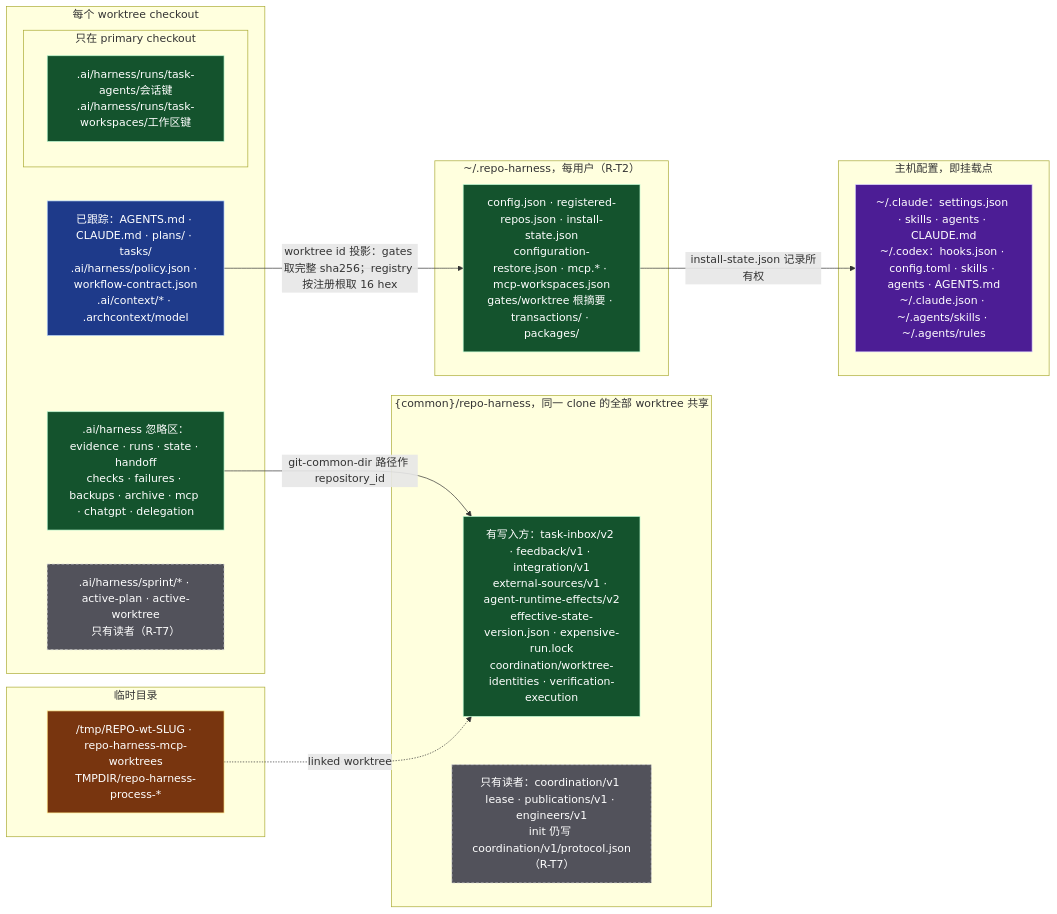
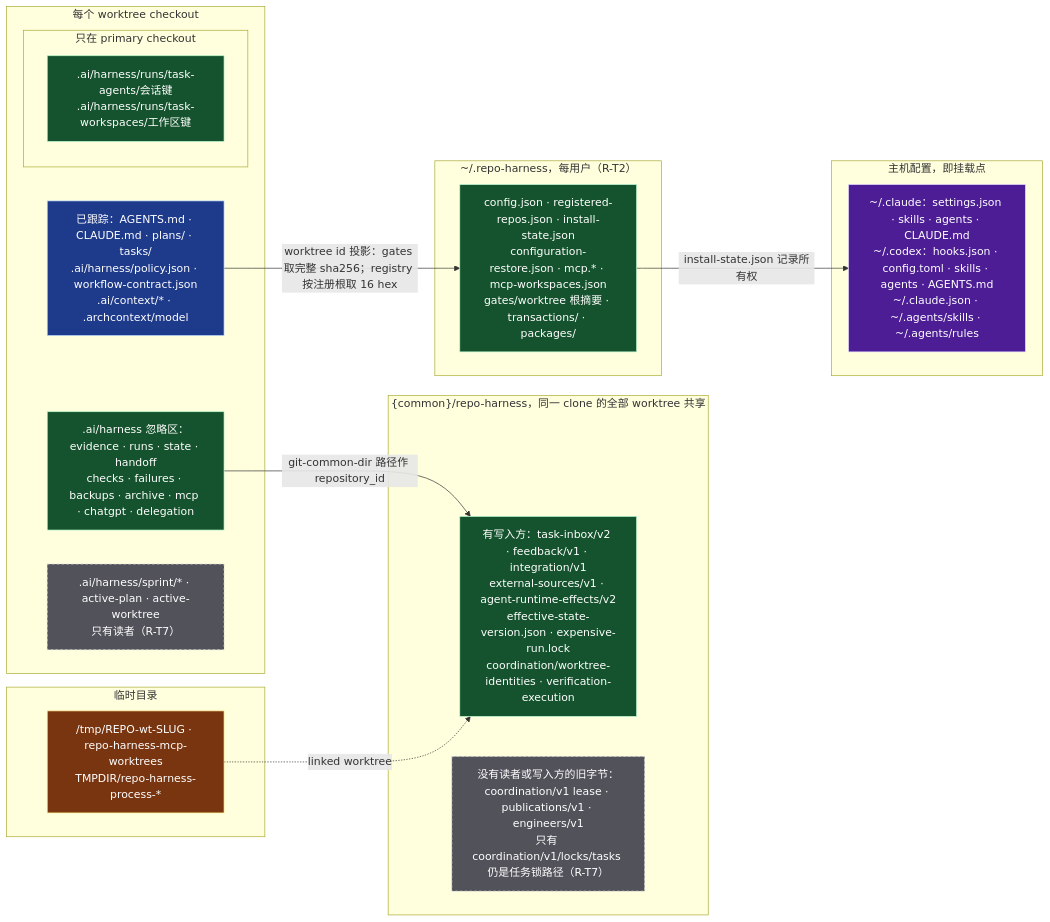
The third of 4 diagrams in docs/architecture/process-namespace-topology.md (Ancienttwo/repo-harness), drawn with Mermaid before and after one commit. The commit also changed other lines of this file and 7 other files, not shown here.

First line of the commit message:
docs(architecture): describe final identity, publication and receipt record behavior

````diff
--- a/docs/architecture/process-namespace-topology.md
+++ b/docs/architecture/process-namespace-topology.md
@@ -136,39 +136,39 @@
 ```mermaid
 flowchart LR
   classDef tracked fill:#1e3a8a,stroke:#bfdbfe,color:#ffffff
   classDef live fill:#14532d,stroke:#bbf7d0,color:#ffffff
   classDef hist fill:#52525b,stroke:#d4d4d8,color:#ffffff,stroke-dasharray:4 3
   classDef host fill:#4c1d95,stroke:#ddd6fe,color:#ffffff
   classDef tmp fill:#78350f,stroke:#fde68a,color:#ffffff
 
   subgraph WT["每个 worktree checkout"]
     Tracked["已跟踪：AGENTS.md · CLAUDE.md · plans/ · tasks/<br/>.ai/harness/policy.json · workflow-contract.json<br/>.ai/context/* · .archcontext/model"]:::tracked
     Ignored[".ai/harness 忽略区：evidence · runs · state · handoff<br/>checks · failures · backups · archive · mcp · chatgpt · delegation"]:::live
     WtHist[".ai/harness/sprint/* · active-plan · active-worktree<br/>只有读者（R-T7）"]:::hist
     subgraph PRI["只在 primary checkout"]
       TaskRuns[".ai/harness/runs/task-agents/会话键<br/>.ai/harness/runs/task-workspaces/工作区键"]:::live
     end
   end
 
   subgraph COMMON["{common}/repo-harness，同一 clone 的全部 worktree 共享"]
     CLive["有写入方：task-inbox/v2 · feedback/v1 · integration/v1<br/>external-sources/v1 · agent-runtime-effects/v2<br/>effective-state-version.json · expensive-run.lock<br/>coordination/worktree-identities · verification-execution"]:::live
-    CHist["只有读者：coordination/v1 lease · publications/v1 · engineers/v1<br/>init 仍写 coordination/v1/protocol.json（R-T7）"]:::hist
+    CHist["没有读者或写入方的旧字节：coordination/v1 lease · publications/v1 · engineers/v1<br/>只有 coordination/v1/locks/tasks 仍是任务锁路径（R-T7）"]:::hist
   end
 
   subgraph UHOME["~/.repo-harness，每用户（R-T2）"]
     UH["config.json · registered-repos.json · install-state.json<br/>configuration-restore.json · mcp.* · mcp-workspaces.json<br/>gates/worktree 根摘要 · transactions/ · packages/"]:::live
   end
 
   subgraph HOSTS["主机配置，即挂载点"]
     HC["~/.claude：settings.json · skills · agents · CLAUDE.md<br/>~/.codex：hooks.json · config.toml · skills · agents · AGENTS.md<br/>~/.claude.json · ~/.agents/skills · ~/.agents/rules"]:::host
   end
 
   subgraph TMP["临时目录"]
     T["/tmp/REPO-wt-SLUG · repo-harness-mcp-worktrees<br/>TMPDIR/repo-harness-process-*"]:::tmp
   end
 
   Ignored -->|"git-common-dir 路径作 repository_id"| CLive
   Tracked -->|"worktree id 投影：gates 取完整 sha256；registry 按注册根取 16 hex"| UH
   UH -->|"install-state.json 记录所有权"| HC
   T -.->|"linked worktree"| CLive
 ```
````
